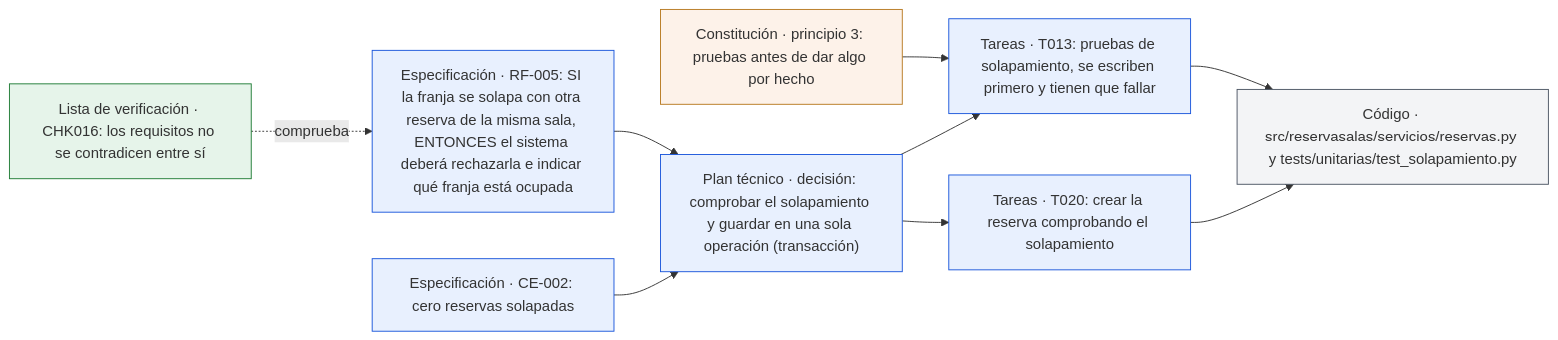
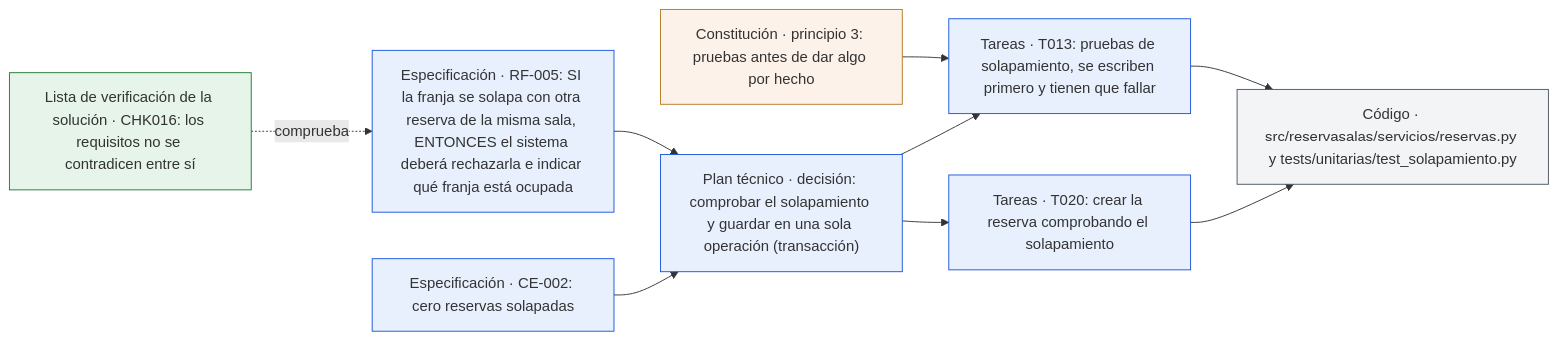
The second of 2 diagrams in diagramas/03-artefactos-y-relaciones.md (antroc/charla-sdd), drawn with Mermaid before and after one commit. The commit also changed other lines of this file and 43 other files, not shown here.

````diff
--- a/diagramas/03-artefactos-y-relaciones.md
+++ b/diagramas/03-artefactos-y-relaciones.md
@@ -59,24 +59,24 @@
 ```mermaid
 flowchart LR
   P3["Constitución · principio 3: pruebas antes de dar algo por hecho"]
   RF["Especificación · RF-005: SI la franja se solapa con otra reserva de la misma sala, ENTONCES el sistema deberá rechazarla e indicar qué franja está ocupada"]
   CE["Especificación · CE-002: cero reservas solapadas"]
-  CHK["Lista de verificación · CHK016: los requisitos no se contradicen entre sí"]
+  CHK["Lista de verificación de la solución · CHK016: los requisitos no se contradicen entre sí"]
   D["Plan técnico · decisión: comprobar el solapamiento y guardar en una sola operación (transacción)"]
   T13["Tareas · T013: pruebas de solapamiento, se escriben primero y tienen que fallar"]
   T20["Tareas · T020: crear la reserva comprobando el solapamiento"]
   COD["Código · src/reservasalas/servicios/reservas.py y tests/unitarias/test_solapamiento.py"]
   CHK -.->|"comprueba"| RF
   RF & CE --> D
   P3 --> T13
   D --> T13 & T20
   T13 & T20 --> COD
   classDef principios fill:#FDF2E9,stroke:#B7791F;
   classDef documento fill:#E8F0FE,stroke:#1A56DB;
   classDef control fill:#E6F4EA,stroke:#1E7B34;
   classDef codigo fill:#F3F4F6,stroke:#4B5563;
   class P3 principios;
   class RF,CE,D,T13,T20 documento;
   class CHK control;
   class COD codigo;
 ```
````
